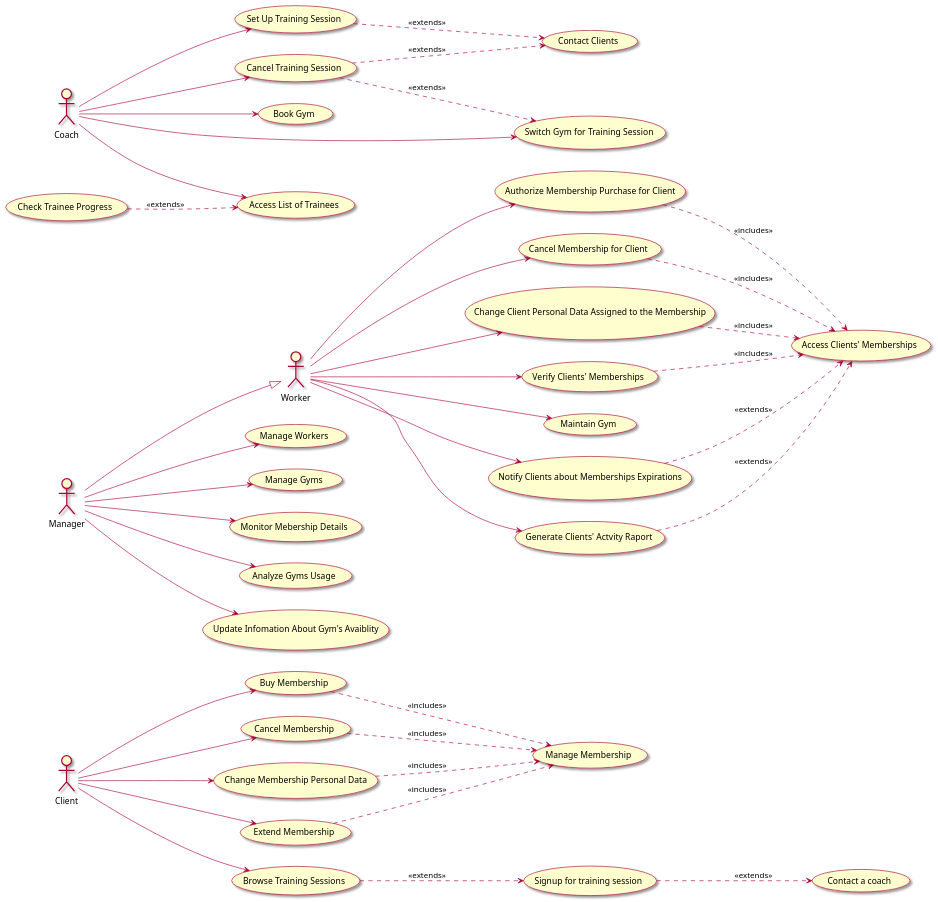
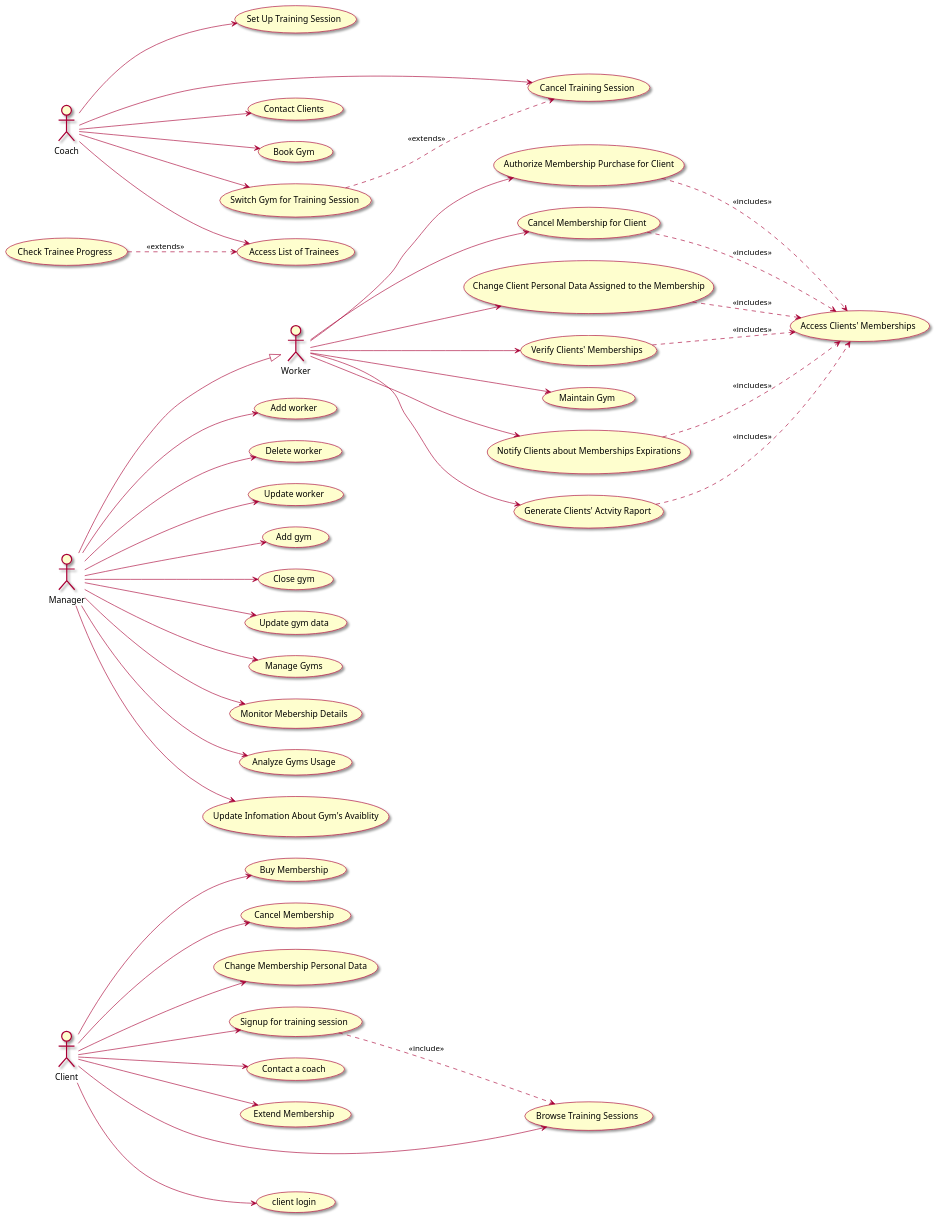
Before and after one commit to filip-stepien/software-engineering-lab: the diagram in lab1_2/uml/usecases.puml, drawn with PlantUML. The commit also changed 1 other file, not shown here.

```diff
--- a/lab1_2/uml/usecases.puml
+++ b/lab1_2/uml/usecases.puml
@@ -2,102 +2,110 @@
 @startuml diagram
 
 left to right direction
 skin rose
 
 actor Client as client
 actor Manager as manager
 actor Coach as coach
 actor Worker as worker
 
 
 'client
 usecase "Buy Membership" as buyMembership
 usecase "Cancel Membership" as cancelMembership
 usecase "Change Membership Personal Data" as changePersonalData
 usecase "Signup for training session" as signupTraining
 usecase "Contact a coach" as contactCoach
 usecase "Extend Membership" as ExtendSubcription
-usecase "Manage Membership" as manageMembership
 usecase "Browse Training Sessions" as BrowseTrainingSessions 
-
-buyMembership -.>  manageMembership : <<includes>>
-cancelMembership-.> manageMembership : <<includes>>
-changePersonalData -.> manageMembership : <<includes>>
-ExtendSubcription -.>  manageMembership  : <<includes>>
+usecase "client login" as ClientLogin 
 
 client --> BrowseTrainingSessions
 client --> buyMembership
 client --> cancelMembership
 client --> changePersonalData
 client --> ExtendSubcription
+client --> ClientLogin
 
-signupTraining -.> contactCoach  : <<extends>>
-BrowseTrainingSessions -.> signupTraining : <<extends>>
+client -->  signupTraining
+client --> contactCoach
+signupTraining -.> BrowseTrainingSessions : <<include>>
 
 'coach
 
 usecase "Set Up Training Session" as setUpSession
 usecase "Cancel Training Session" as cancelSession
 usecase "Contact Clients" as contactClients
 usecase "Book Gym" as BookGym
 usecase "Switch Gym for Training Session" as SwitchGym
 usecase "Access List of Trainees" as AccessTrainessList
 usecase "Check Trainee Progress" as CheckTrainneProgress
 
 coach --> setUpSession
 coach --> cancelSession
 coach --> BookGym
 coach --> SwitchGym
 coach --> AccessTrainessList
-CheckTrainneProgress  -.> AccessTrainessList : <<extends>>
+coach --> contactClients
+CheckTrainneProgress -.> AccessTrainessList : <<extends>>
 
-setUpSession -.> contactClients : <<extends>>
-cancelSession -.> contactClients : <<extends>>
-cancelSession -.> SwitchGym : <<extends>>
+SwitchGym -.> cancelSession : <<extends>>
 
 'worker
 usecase "Access Clients' Memberships" as accessMembershipList
 usecase "Authorize Membership Purchase for Client" as authorizePurchase
 usecase "Cancel Membership for Client" as cancelClientMembership
 usecase "Change Client Personal Data Assigned to the Membership" as changeClientData
 usecase "Verify Clients' Memberships" as verifyMemberships
 usecase "Maintain Gym" as maintainGym
 usecase "Notify Clients about Memberships Expirations" as notifyClientsMebershipExpiration
 usecase "Generate Clients' Actvity Raport" as generateClientActivityRaport  
 
 worker --> maintainGym
 worker --> authorizePurchase 
 worker --> cancelClientMembership 
 worker --> changeClientData 
 worker --> verifyMemberships 
 worker --> notifyClientsMebershipExpiration
 worker --> generateClientActivityRaport
 
-generateClientActivityRaport -.> accessMembershipList : <<extends>>
-notifyClientsMebershipExpiration -.> accessMembershipList : <<extends>>
+generateClientActivityRaport -.> accessMembershipList : <<includes>>
+notifyClientsMebershipExpiration -.> accessMembershipList : <<includes>>
 authorizePurchase -.> accessMembershipList : <<includes>>
 cancelClientMembership -.> accessMembershipList : <<includes>>
 changeClientData -.> accessMembershipList : <<includes>>
 verifyMemberships -.> accessMembershipList : <<includes>>
 
 
 'manager
 manager --|> worker 
 
-usecase "Manage Workers" as manageWorkers
+usecase "Add worker" as addWorker
+usecase "Delete worker" as deleteWorker
+usecase "Update worker" as updateWorker
+
+usecase "Add gym" as addGym
+usecase "Close gym" as closeGym
+usecase "Update gym data" as updateGymData
+
 usecase "Manage Gyms" as manageGyms
+
 usecase "Monitor Mebership Details" as monitorMembershipDetails
 usecase "Analyze Gyms Usage" as analyzeGymsUsage
 usecase "Update Infomation About Gym's Avaiblity" as updateGymAvabilityInformation
 
 
-manager --> manageWorkers
+manager --> addGym
+manager --> closeGym
+manager --> updateGymData
+
+manager --> addWorker
+manager --> deleteWorker
+manager --> updateWorker
+
 manager --> manageGyms
 manager --> analyzeGymsUsage
 manager --> monitorMembershipDetails
 manager --> updateGymAvabilityInformation
 
-
-
-
 @enduml
```
